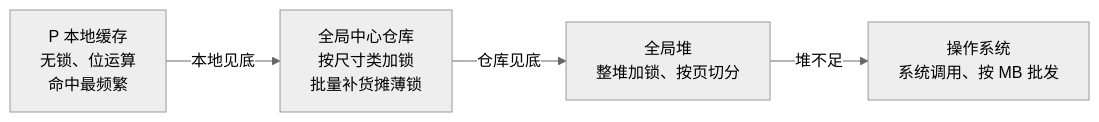
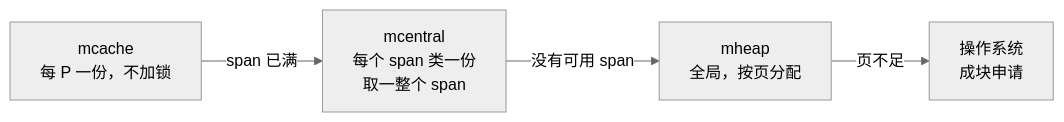
One commit to golang-design/under-the-hood changed the diagram in book/zh-cn/part4memory/ch12alloc/basic.md. Above: the diagram before and after it, drawn with Mermaid (neutral theme). The commit also changed other lines of this file and 9 other files, not shown here.

````diff
--- a/book/zh-cn/part4memory/ch12alloc/basic.md
+++ b/book/zh-cn/part4memory/ch12alloc/basic.md
@@ -81,8 +180,6 @@
 ```mermaid
 flowchart LR
-    A["P 本地缓存<br/>无锁、位运算<br/>命中最频繁"] -->|本地见底| B["全局中心仓库<br/>按尺寸类加锁<br/>批量补货摊薄锁"]
-    B -->|仓库见底| C["全局堆<br/>整堆加锁、按页切分"]
-    C -->|堆不足| D["操作系统<br/>系统调用、按 MB 批发"]
-    classDef cold fill:#eee,stroke:#999;
-    class D cold;
+    A["mcache<br/>每 P 一份，不加锁"] -->|span 已满| B["mcentral<br/>每个 span 类一份<br/>取一整个 span"]
+    B -->|没有可用 span| C["mheap<br/>全局，按页分配"]
+    C -->|页不足| D["操作系统<br/>成块申请"]
 ```
````
